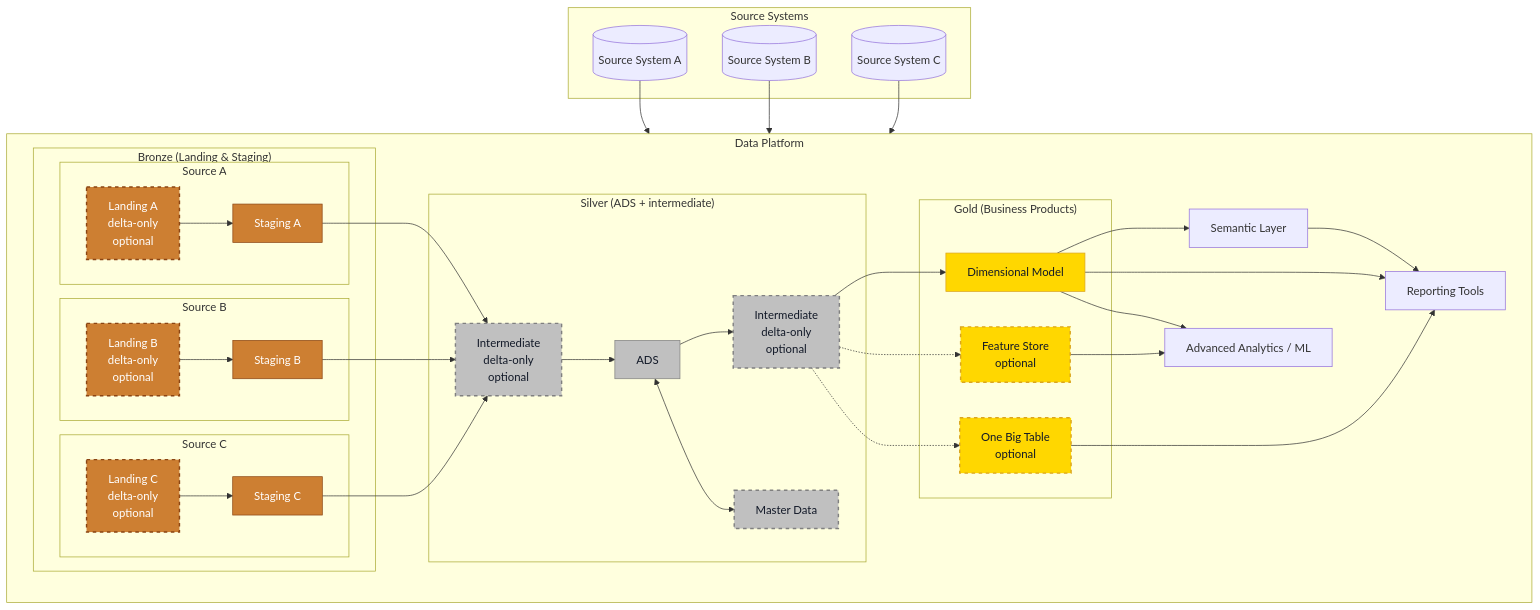
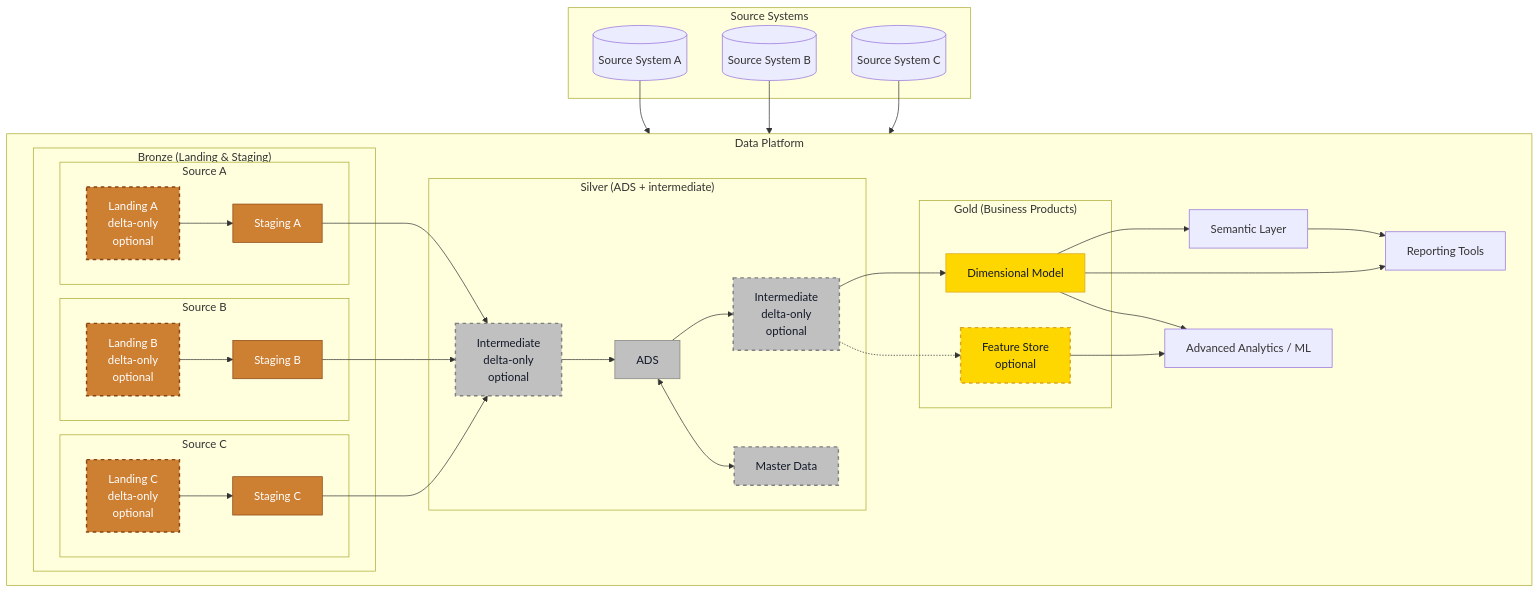
The first of 3 diagrams in Technical Guideline Ops/Architectural Principles/Data Layers and Modeling.md (PlainsightPro/Vision-Playbook), drawn with Mermaid before and after one commit. The commit also changed other lines of this file and 3 other files, not shown here.

Commit message:
Removal of inconsistencies in Landing/Staging per Schema + Removal of OBT to remove obfuscation.

````diff
--- a/Technical Guideline Ops/Architectural Principles/Data Layers and Modeling.md
+++ b/Technical Guideline Ops/Architectural Principles/Data Layers and Modeling.md
@@ -5,79 +5,76 @@
 ```mermaid
 %%{init: { "flowchart": { "useMaxWidth": true } } }%%
 graph TD
     %% Expanded DW/BI platform with Medallion colors
     subgraph Source Systems
         A1[(Source System A)]
         A2[(Source System B)]
         A3[(Source System C)]
     end
 
     subgraph Data Platform 
         direction LR
 
         subgraph Bronze["Bronze (Landing & Staging)"]
             subgraph Source A
                 L1[Landing A<br/>delta-only<br>optional]:::bronzeOptional
                 B1[Staging A]:::bronze
             end
             subgraph Source B
                 L2[Landing B<br/>delta-only<br>optional]:::bronzeOptional
                 B2[Staging B]:::bronze
             end
             subgraph Source C
                 L3[Landing C<br/>delta-only<br>optional]:::bronzeOptional
                 B3[Staging C]:::bronze
             end
         end
 
         subgraph Silver["Silver (ADS + intermediate)"]
             M[Intermediate<br/>delta-only<br>optional]:::silverOptional
             C[ADS]:::silver
             O[Intermediate<br/>delta-only<br>optional]:::silverOptional
             G[Master Data]:::silverOptional
         end
 
         subgraph Gold["Gold (Business Products)"]
             FS[Feature Store<br/>optional]:::goldOptional
-            OBT[One Big Table<br/>optional]:::goldOptional
             D[Dimensional Model]:::gold
         end
 
         Semantic[Semantic Layer]
         Reports[Reporting Tools]
         ML[Advanced Analytics / ML]
     end
 
 %% Flows
 A1 --> L1
 L1 --> B1
 A2 --> L2
 L2 --> B2
 A3 --> L3
 L3 --> B3
 
 B1 --> M
 B2 --> M
 B3 --> M
 M --> C
 C --> O
 O --> D
 O -.-> FS
-O -.-> OBT
 C <--> G
 D --> Semantic
 D --> Reports
 D --> ML
 FS --> ML
-OBT --> Reports
 Semantic --> Reports
 
 %% Node styles
 classDef bronze fill:#CD7F32,stroke:#8B4513,stroke-width:1px,color:#FFFFFF;
 classDef bronzeOptional fill:#CD7F32,stroke:#8B4513,stroke-width:2px,stroke-dasharray:5 5,color:#FFFFFF;
 classDef silver fill:#C0C0C0,stroke:#808080,stroke-width:1px,color:#111827;
 classDef silverOptional fill:#C0C0C0,stroke:#808080,stroke-width:2px,stroke-dasharray:5 5,color:#111827;
 classDef gold fill:#FFD700,stroke:#DAA520,stroke-width:1px,color:#111827;
 classDef goldOptional fill:#FFD700,stroke:#DAA520,stroke-width:2px,stroke-dasharray:5 5,color:#111827;
 class A,C blueBox;
 ```
````
